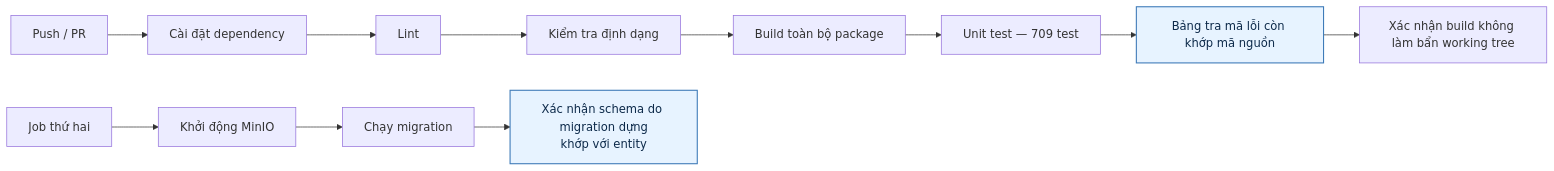
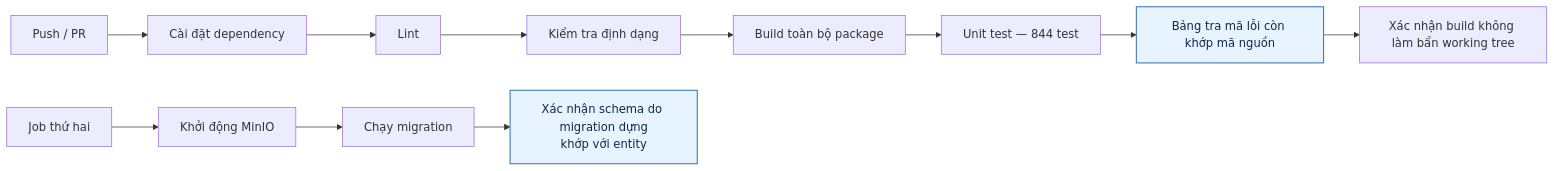
The first of 4 diagrams in docs/diagram/29-cicd.md (fdshn/trueheart), drawn with Mermaid before and after one commit. The commit also changed other lines of this file and 2 other files, not shown here.

````diff
--- a/docs/diagram/29-cicd.md
+++ b/docs/diagram/29-cicd.md
@@ -7,17 +7,17 @@
 ```mermaid
 flowchart LR
     A[Push / PR] --> B[Cài đặt dependency]
     B --> C[Lint]
     C --> D[Kiểm tra định dạng]
     D --> E[Build toàn bộ package]
-    E --> F[Unit test — 709 test]
+    E --> F[Unit test — 844 test]
     F --> G["Bảng tra mã lỗi còn khớp mã nguồn"]
     G --> H["Xác nhận build không làm bẩn working tree"]
 
     I[Job thứ hai] --> J[Khởi động MinIO]
     J --> K[Chạy migration]
     K --> L["Xác nhận schema do migration dựng<br/>khớp với entity"]
 
     style G fill:#e7f3ff,stroke:#3d7ab8,stroke-width:1.5px,color:#0d2a4a
     style L fill:#e7f3ff,stroke:#3d7ab8,stroke-width:1.5px,color:#0d2a4a
 ```
````
